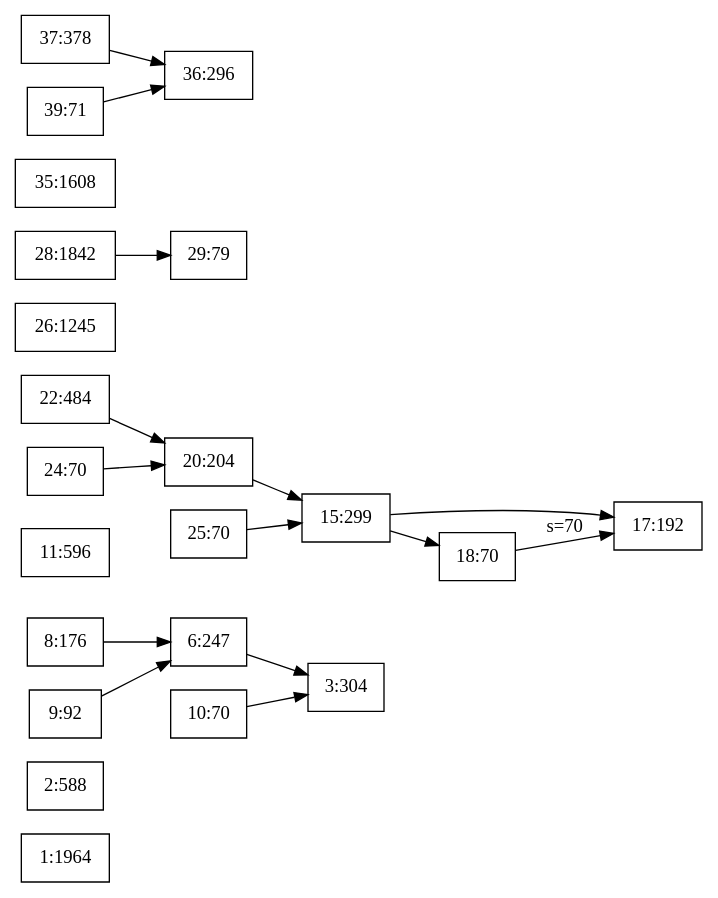
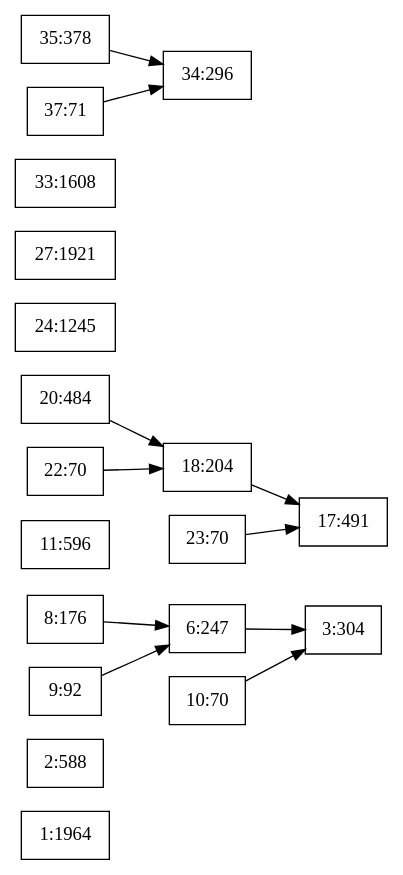
The diagram in graph/rm_after_update_2.dot (agongdai/peta), drawn with Graphviz before and after one commit. The commit also changed 12 other files, not shown here.

```diff
--- a/graph/rm_after_update_2.dot
+++ b/graph/rm_after_update_2.dot
@@ -1,39 +1,32 @@
 digraph g { 
 	rankdir = LR 
 	1 [shape=box, label="1:1964"] 
 	2 [shape=box, label="2:588"] 
 	3 [shape=box, label="3:304"] 
 	6 [shape=box, label="6:247"] 
 	6 -> 3
 	8 [shape=box, label="8:176"] 
 	8 -> 6
 	9 [shape=box, label="9:92"] 
 	9 -> 6
 	10 [shape=box, label="10:70"] 
 	10 -> 3
 	11 [shape=box, label="11:596"] 
-	15 [shape=box, label="15:299"] 
-	15 -> 17
-	15 -> 18
-	17 [shape=box, label="17:192"] 
-	18 [shape=box, label="18:70"] 
-	18 -> 17 [label="s=70"] 
-	20 [shape=box, label="20:204"] 
-	20 -> 15
-	22 [shape=box, label="22:484"] 
-	22 -> 20
-	24 [shape=box, label="24:70"] 
-	24 -> 20
-	25 [shape=box, label="25:70"] 
-	25 -> 15
-	26 [shape=box, label="26:1245"] 
-	28 [shape=box, label="28:1842"] 
-	28 -> 29
-	29 [shape=box, label="29:79"] 
-	35 [shape=box, label="35:1608"] 
-	36 [shape=box, label="36:296"] 
-	37 [shape=box, label="37:378"] 
-	37 -> 36
-	39 [shape=box, label="39:71"] 
-	39 -> 36
+	17 [shape=box, label="17:491"] 
+	18 [shape=box, label="18:204"] 
+	18 -> 17
+	20 [shape=box, label="20:484"] 
+	20 -> 18
+	22 [shape=box, label="22:70"] 
+	22 -> 18
+	23 [shape=box, label="23:70"] 
+	23 -> 17
+	24 [shape=box, label="24:1245"] 
+	27 [shape=box, label="27:1921"] 
+	33 [shape=box, label="33:1608"] 
+	34 [shape=box, label="34:296"] 
+	35 [shape=box, label="35:378"] 
+	35 -> 34
+	37 [shape=box, label="37:71"] 
+	37 -> 34
 } 
```
